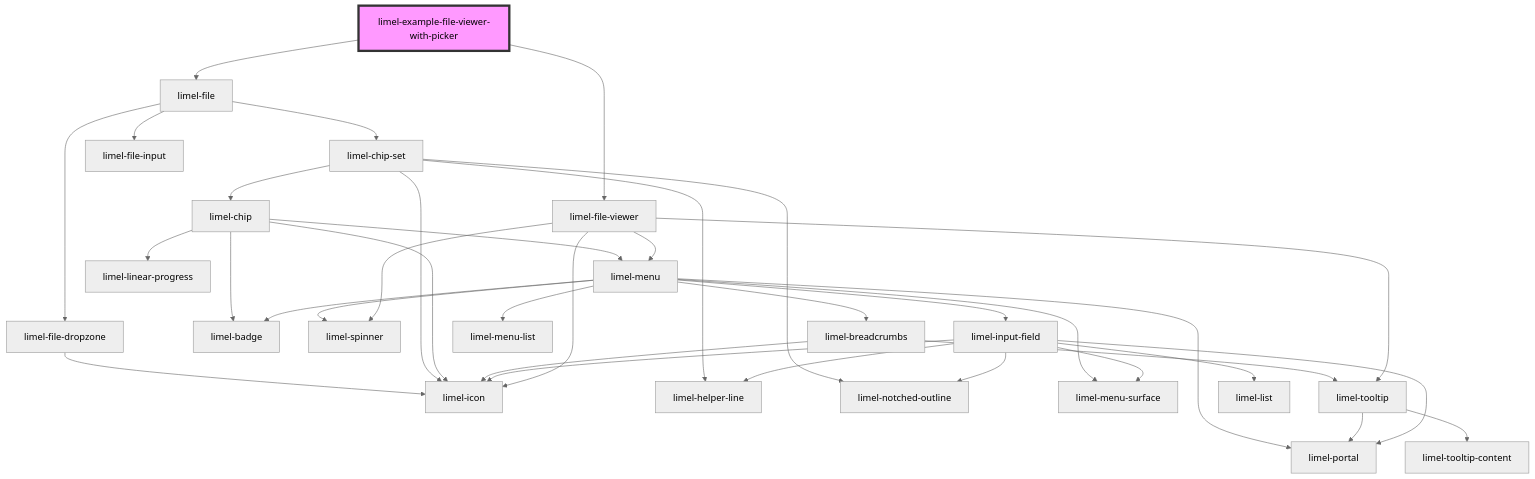
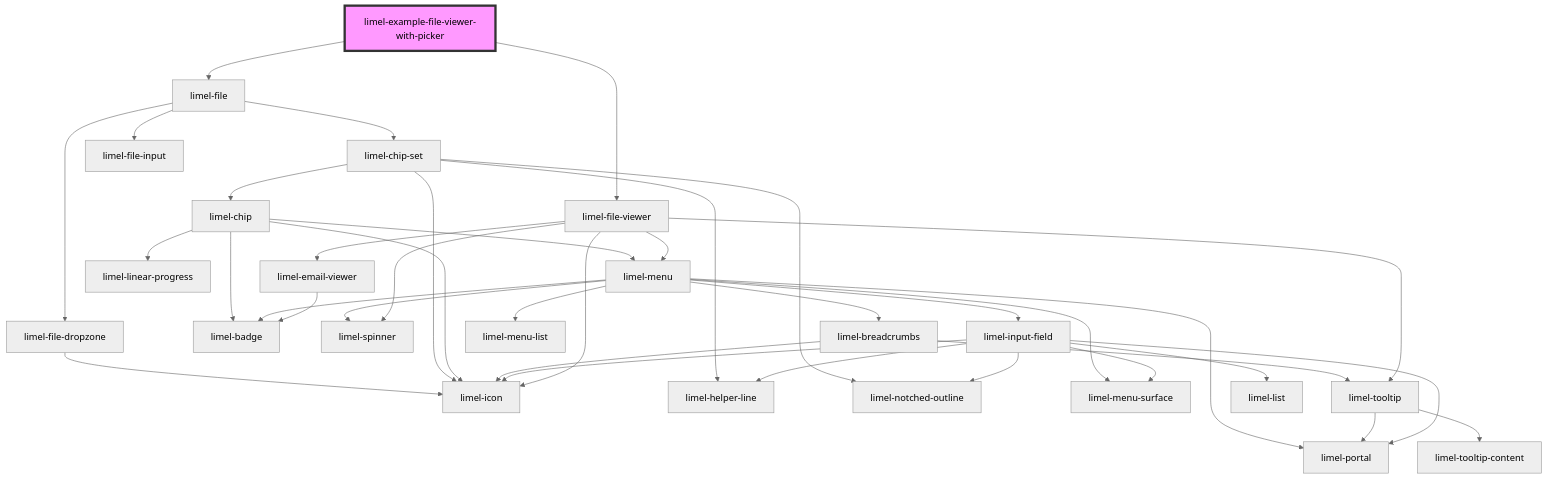
The diagram in versions/PR-3783/markdown-docs/components/file-viewer/examples/readme.md (Lundalogik/lime-elements), drawn with Mermaid (neutral theme) before and after one commit. The commit also changed 39 other files, not shown here.

````diff
--- a/versions/PR-3783/markdown-docs/components/file-viewer/examples/readme.md
+++ b/versions/PR-3783/markdown-docs/components/file-viewer/examples/readme.md
@@ -23,39 +23,41 @@
 ```mermaid
 graph TD;
   limel-example-file-viewer-with-picker --> limel-file
   limel-example-file-viewer-with-picker --> limel-file-viewer
   limel-file --> limel-file-dropzone
   limel-file --> limel-chip-set
   limel-file --> limel-file-input
   limel-file-dropzone --> limel-icon
   limel-chip-set --> limel-helper-line
   limel-chip-set --> limel-notched-outline
   limel-chip-set --> limel-chip
   limel-chip-set --> limel-icon
   limel-chip --> limel-icon
   limel-chip --> limel-badge
   limel-chip --> limel-menu
   limel-chip --> limel-linear-progress
   limel-menu --> limel-spinner
   limel-menu --> limel-breadcrumbs
   limel-menu --> limel-input-field
   limel-menu --> limel-menu-list
   limel-menu --> limel-badge
   limel-menu --> limel-portal
   limel-menu --> limel-menu-surface
   limel-breadcrumbs --> limel-icon
   limel-breadcrumbs --> limel-tooltip
   limel-tooltip --> limel-portal
   limel-tooltip --> limel-tooltip-content
   limel-input-field --> limel-helper-line
   limel-input-field --> limel-icon
   limel-input-field --> limel-portal
   limel-input-field --> limel-menu-surface
   limel-input-field --> limel-list
   limel-input-field --> limel-notched-outline
+  limel-file-viewer --> limel-email-viewer
   limel-file-viewer --> limel-icon
   limel-file-viewer --> limel-tooltip
   limel-file-viewer --> limel-menu
   limel-file-viewer --> limel-spinner
+  limel-email-viewer --> limel-badge
   style limel-example-file-viewer-with-picker fill:#f9f,stroke:#333,stroke-width:4px
 ```
````
